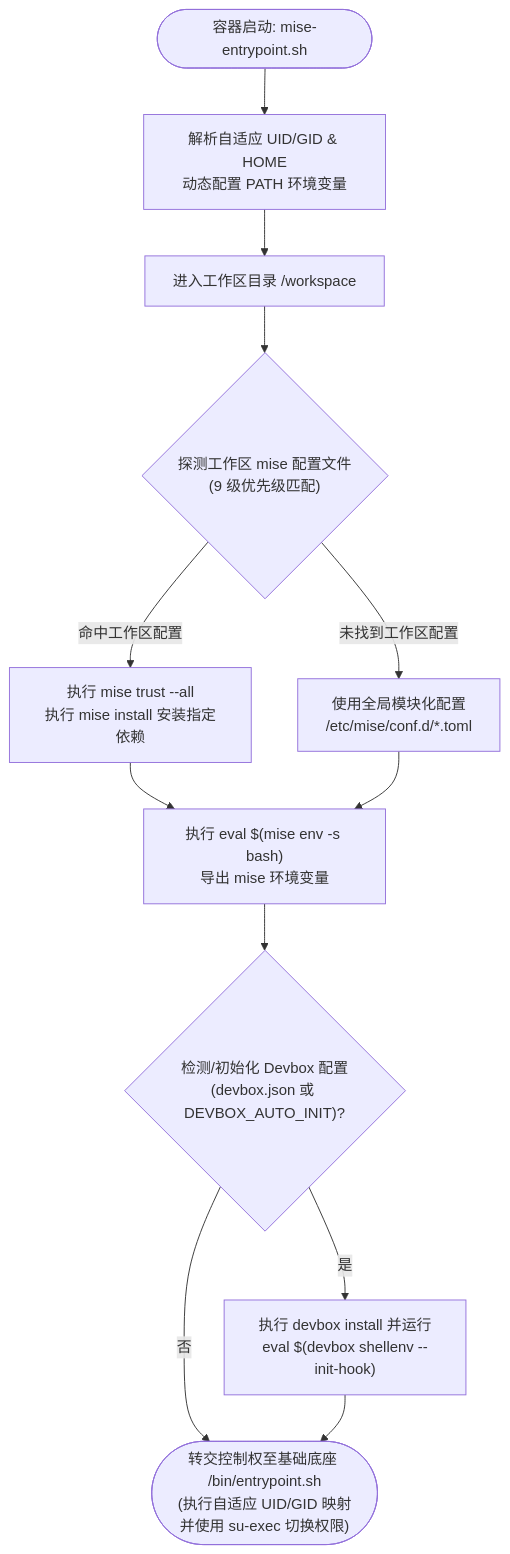
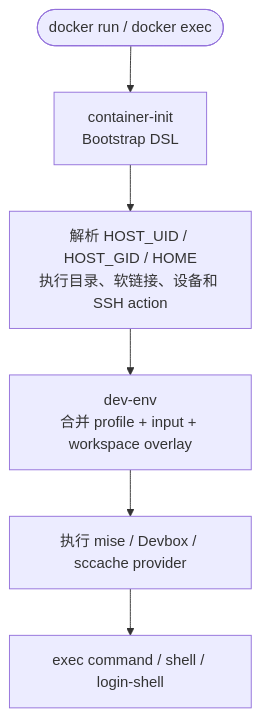
The third of 5 diagrams in README.md (shaogme/coding-images), drawn with Mermaid before and after one commit. The commit also changed other lines of this file and 54 other files, not shown here.

````diff
--- a/README.md
+++ b/README.md
@@ -321,17 +322,9 @@
 ```mermaid
 flowchart TD
-    Start(["容器启动: mise-entrypoint.sh"]) --> ResolveUser["解析自适应 UID/GID & HOME<br/>动态配置 PATH 环境变量"]
-    ResolveUser --> CheckWs["进入工作区目录 /workspace"]
-    CheckWs --> DetectConfig{"探测工作区 mise 配置文件<br/>(9 级优先级匹配)"}
-
-    DetectConfig -- "命中工作区配置" --> TrustInstall["执行 mise trust --all<br/>执行 mise install 安装指定依赖"]
-    DetectConfig -- "未找到工作区配置" --> UseGlobal["使用全局模块化配置<br/>/etc/mise/conf.d/*.toml"]
-
-    TrustInstall --> ExportMise["执行 eval $(mise env -s bash)<br/>导出 mise 环境变量"]
-    UseGlobal --> ExportMise
-
-    ExportMise --> DetectDevbox{"检测/初始化 Devbox 配置<br/>(devbox.json 或 DEVBOX_AUTO_INIT)?"}
-    DetectDevbox -- "是" --> LoadDevbox["执行 devbox install 并运行<br/>eval $(devbox shellenv --init-hook)"]
-    DetectDevbox -- "否" --> ExecBase
-    LoadDevbox --> ExecBase(["转交控制权至基础底座 /bin/entrypoint.sh<br/>(执行自适应 UID/GID 映射并使用 su-exec 切换权限)"])
+    Start(["docker run / docker exec"])
+    Start --> Init["container-init<br/>Bootstrap DSL"]
+    Init --> Identity["解析 HOST_UID / HOST_GID / HOME<br/>执行目录、软链接、设备和 SSH action"]
+    Identity --> Materialize["dev-env<br/>合并 profile + input + workspace overlay"]
+    Materialize --> Providers["执行 mise / Devbox / sccache provider"]
+    Providers --> Handoff["exec command / shell / login-shell"]
 ```
````
